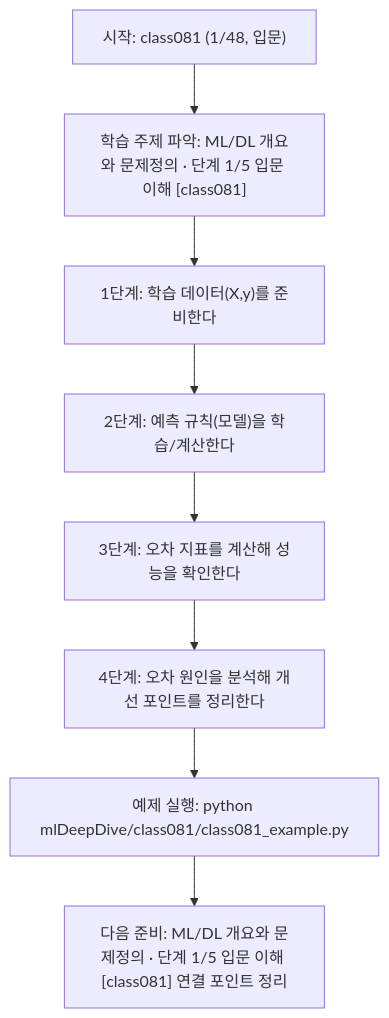
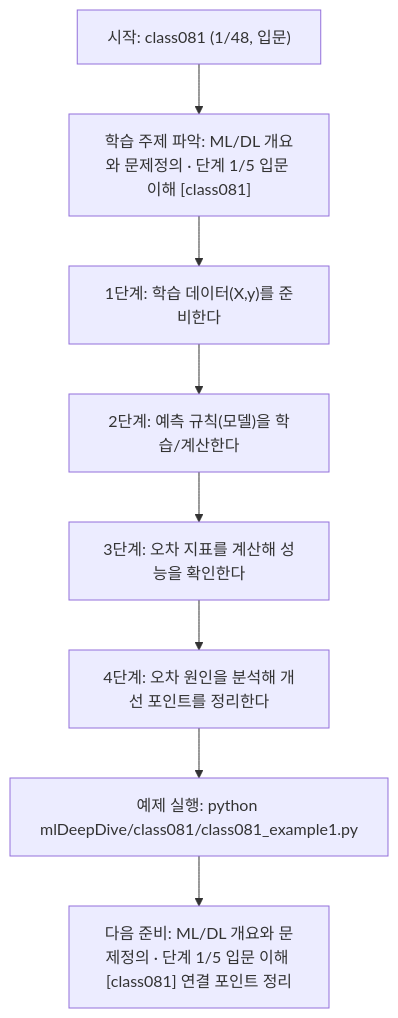
Before and after one commit to edumgt/Python-AI_Agent-Class: the diagram in mlDeepDive/class081/class081.md, drawn with Mermaid. The commit also changed other lines of this file and 2959 other files, not shown here.

````diff
--- a/mlDeepDive/class081/class081.md
+++ b/mlDeepDive/class081/class081.md
@@ -111,18 +111,18 @@
 ```mermaid
 flowchart TD
 N1["시작: class081 (1/48, 입문)"]
 N2["학습 주제 파악: ML/DL 개요와 문제정의 · 단계 1/5 입문 이해 [class081]"]
 N3["1단계: 학습 데이터(X,y)를 준비한다"]
 N4["2단계: 예측 규칙(모델)을 학습/계산한다"]
 N5["3단계: 오차 지표를 계산해 성능을 확인한다"]
 N6["4단계: 오차 원인을 분석해 개선 포인트를 정리한다"]
-N7["예제 실행: python mlDeepDive/class081/class081_example.py"]
+N7["예제 실행: python mlDeepDive/class081/class081_example1.py"]
 N8["다음 준비: ML/DL 개요와 문제정의 · 단계 1/5 입문 이해 [class081] 연결 포인트 정리"]
 N1 --> N2
 N2 --> N3
 N3 --> N4
 N4 --> N5
 N5 --> N6
 N6 --> N7
 N7 --> N8
 ```
````
